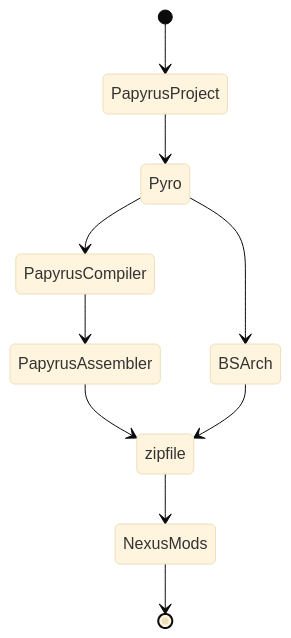
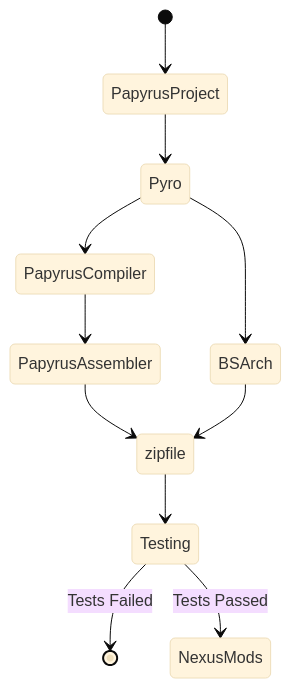
The diagram in pyro/workflows/local-build.md (fireundubh/playwithfire), drawn with Mermaid (base theme) before and after one commit. The commit also changed other lines of this file, not shown here.

Commit message:
docs: update pyro/workflows/local-build

````diff
--- a/pyro/workflows/local-build.md
+++ b/pyro/workflows/local-build.md
@@ -28,12 +28,13 @@
 ```mermaid
 stateDiagram
   [*] --> PapyrusProject
 	PapyrusProject --> Pyro
 	Pyro --> PapyrusCompiler
   PapyrusCompiler --> PapyrusAssembler
   Pyro --> BSArch
   PapyrusAssembler --> zipfile
   BSArch --> zipfile
-  zipfile --> NexusMods
-  NexusMods --> [*]
+  zipfile --> Testing
+  Testing --> [*]: Tests Failed
+  Testing --> NexusMods: Tests Passed
 ```
````
